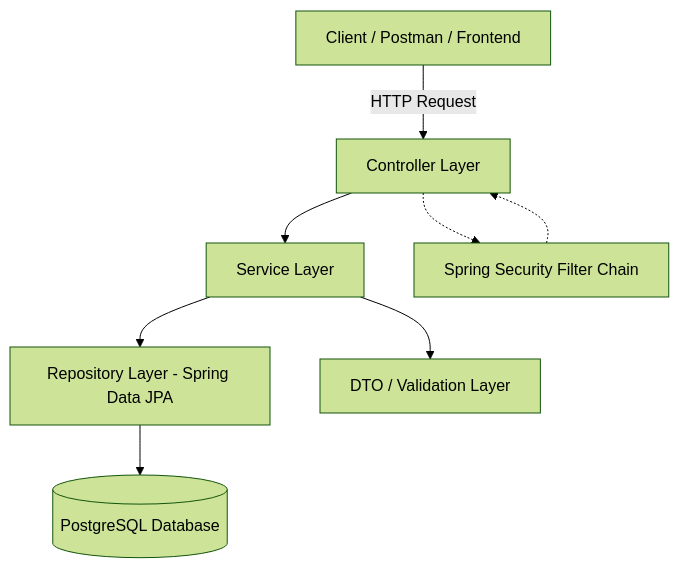
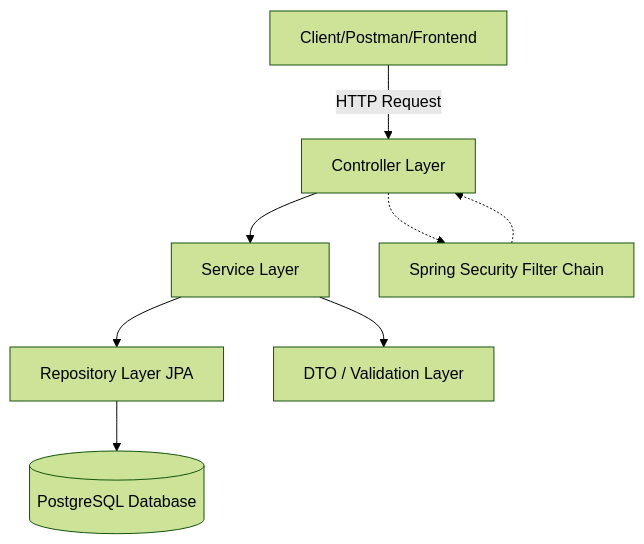
One commit to sayandwip2004/Students_Attendance_Database changed the first of 2 diagrams in README.md. Above: the diagram before and after it, drawn with Mermaid (forest theme).

````diff
--- a/README.md
+++ b/README.md
@@ -58,10 +58,10 @@
 ```mermaid
 flowchart TD
-    A[Client / Postman / Frontend] -->|HTTP Request| B[Controller Layer]
+    A[Client/Postman/Frontend] -->|HTTP Request| B[Controller Layer]
     B --> C[Service Layer]
-    C --> D[Repository Layer - Spring Data JPA]
+    C --> D[Repository Layer JPA]
     D --> E[(PostgreSQL Database)]
     B -.-> F[Spring Security Filter Chain]
     F -.-> B
     C --> G[DTO / Validation Layer]
 ```
````
